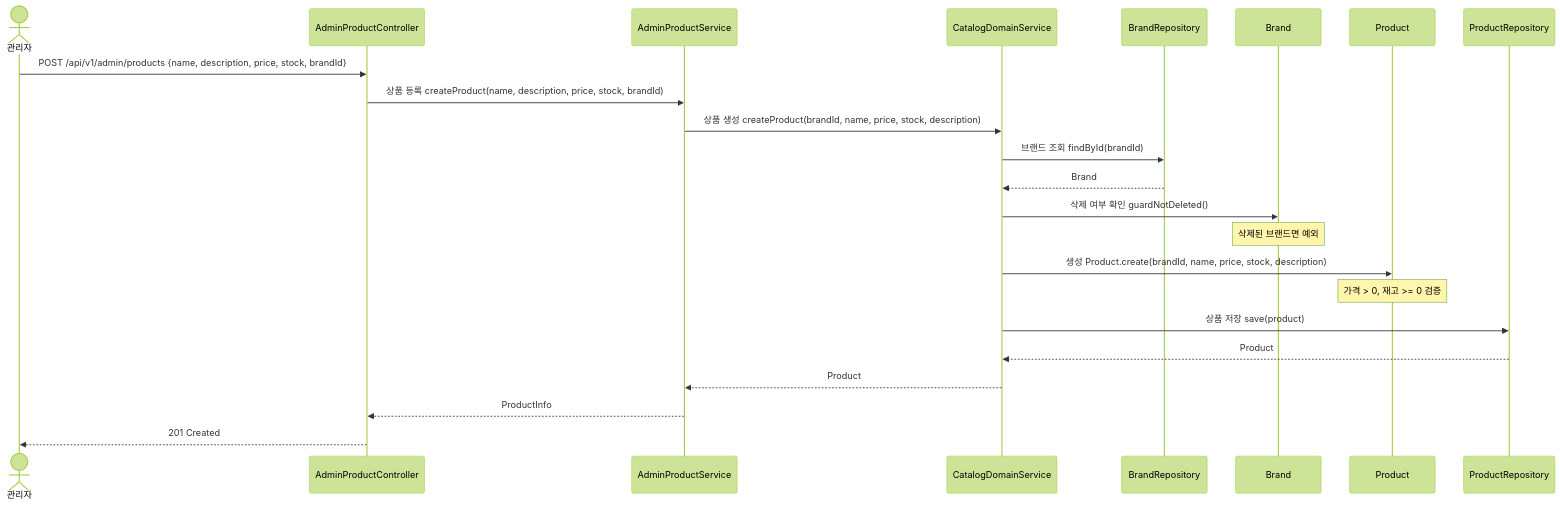
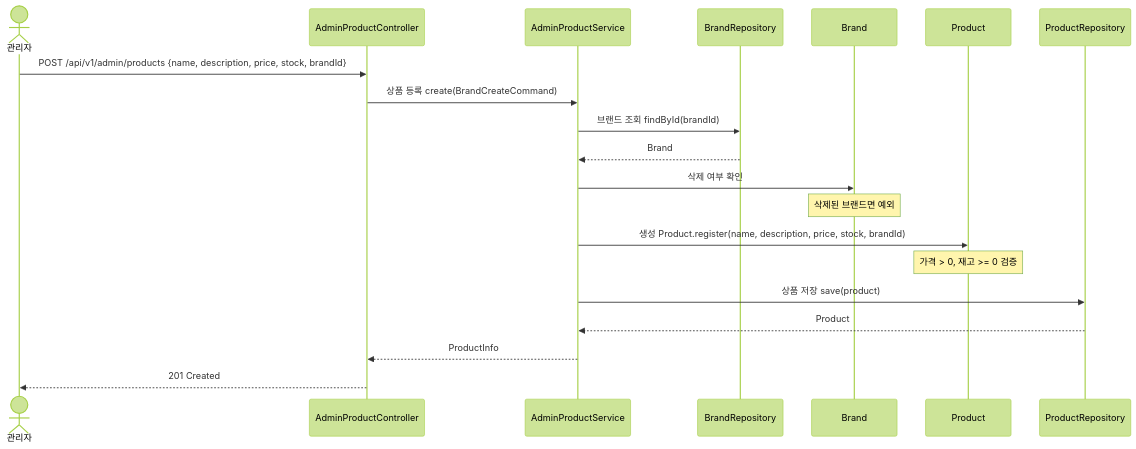
Diagram 17 of 21 in docs/design/02-sequence-diagrams.md (APapeIsName/loop-pack-be-l2-vol3-java), drawn with Mermaid (forest theme) before and after one commit. The commit also changed other lines of this file and 66 other files, not shown here.

Commit message:
feat: Brand/Product 기능 구현

````diff
--- a/docs/design/02-sequence-diagrams.md
+++ b/docs/design/02-sequence-diagrams.md
@@ -452,30 +452,27 @@
 ```mermaid
 sequenceDiagram
     actor A as 관리자
     participant C as AdminProductController
     participant PS as AdminProductService
-    participant CDS as CatalogDomainService
     participant BR as BrandRepository
     participant B as Brand
     participant P as Product
     participant PR as ProductRepository
 
     A->>C: POST /api/v1/admin/products {name, description, price, stock, brandId}
-    C->>PS: 상품 등록 createProduct(name, description, price, stock, brandId)
+    C->>PS: 상품 등록 create(BrandCreateCommand)
 
-    PS->>CDS: 상품 생성 createProduct(brandId, name, price, stock, description)
-    CDS->>BR: 브랜드 조회 findById(brandId)
-    BR-->>CDS: Brand
+    PS->>BR: 브랜드 조회 findById(brandId)
+    BR-->>PS: Brand
 
-    CDS->>B: 삭제 여부 확인 guardNotDeleted()
+    PS->>B: 삭제 여부 확인
     Note over B: 삭제된 브랜드면 예외
 
-    CDS->>P: 생성 Product.create(brandId, name, price, stock, description)
+    PS->>P: 생성 Product.register(name, description, price, stock, brandId)
     Note over P: 가격 > 0, 재고 >= 0 검증
-    CDS->>PR: 상품 저장 save(product)
-    PR-->>CDS: Product
-    CDS-->>PS: Product
+    PS->>PR: 상품 저장 save(product)
+    PR-->>PS: Product
 
     PS-->>C: ProductInfo
     C-->>A: 201 Created
 ```
````
